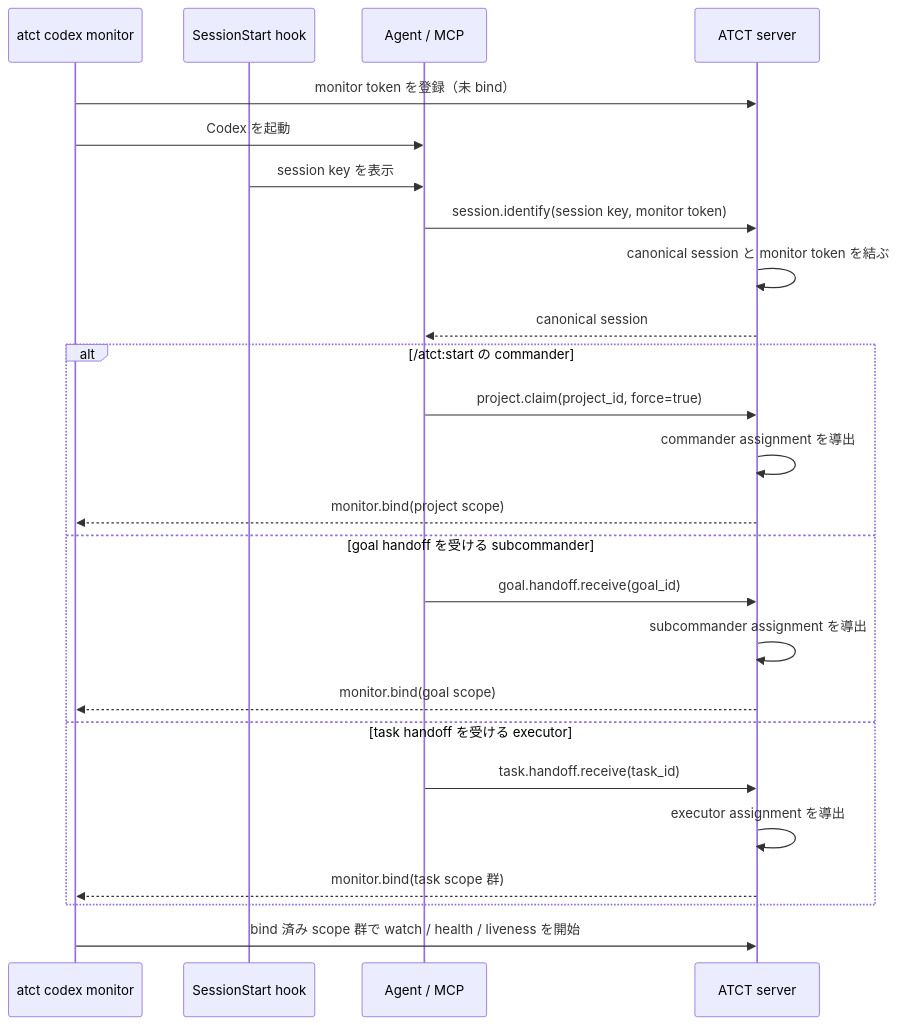
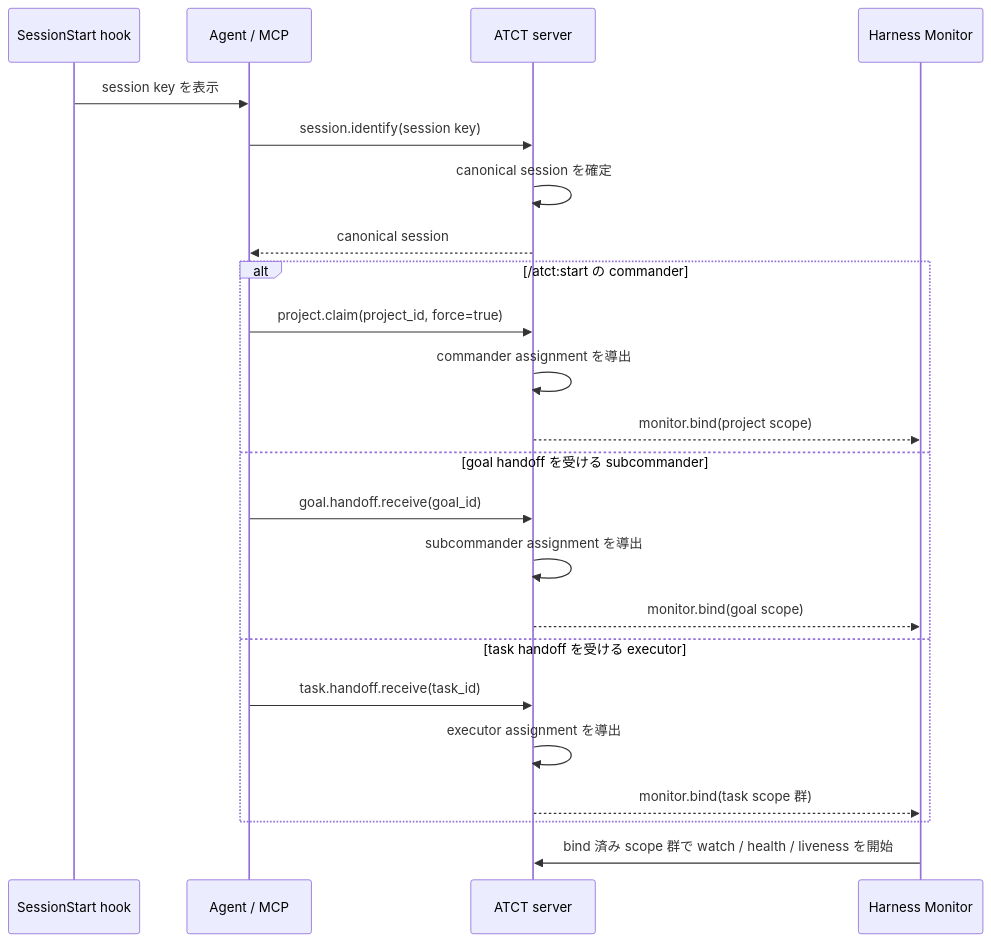
One commit to michiomochi/atct changed the diagram in doc/bootstrap.md. Above: the diagram before and after it, drawn with Mermaid. The commit also changed other lines of this file, not shown here.

````diff
--- a/doc/bootstrap.md
+++ b/doc/bootstrap.md
@@ -27,28 +23,26 @@
 ```mermaid
 sequenceDiagram
-    participant M as atct codex monitor
     participant H as SessionStart hook
     participant A as Agent / MCP
     participant S as ATCT server
+    participant M as Harness Monitor
 
-    M->>S: monitor token を登録（未 bind）
-    M->>A: Codex を起動
     H->>A: session key を表示
-    A->>S: session.identify(session key, monitor token)
-    S->>S: canonical session と monitor token を結ぶ
+    A->>S: session.identify(session key)
+    S->>S: canonical session を確定
     S-->>A: canonical session
     alt /atct:start の commander
         A->>S: project.claim(project_id, force=true)
         S->>S: commander assignment を導出
         S-->>M: monitor.bind(project scope)
     else goal handoff を受ける subcommander
         A->>S: goal.handoff.receive(goal_id)
         S->>S: subcommander assignment を導出
         S-->>M: monitor.bind(goal scope)
     else task handoff を受ける executor
         A->>S: task.handoff.receive(task_id)
         S->>S: executor assignment を導出
         S-->>M: monitor.bind(task scope 群)
     end
     M->>S: bind 済み scope 群で watch / health / liveness を開始
 ```
````
